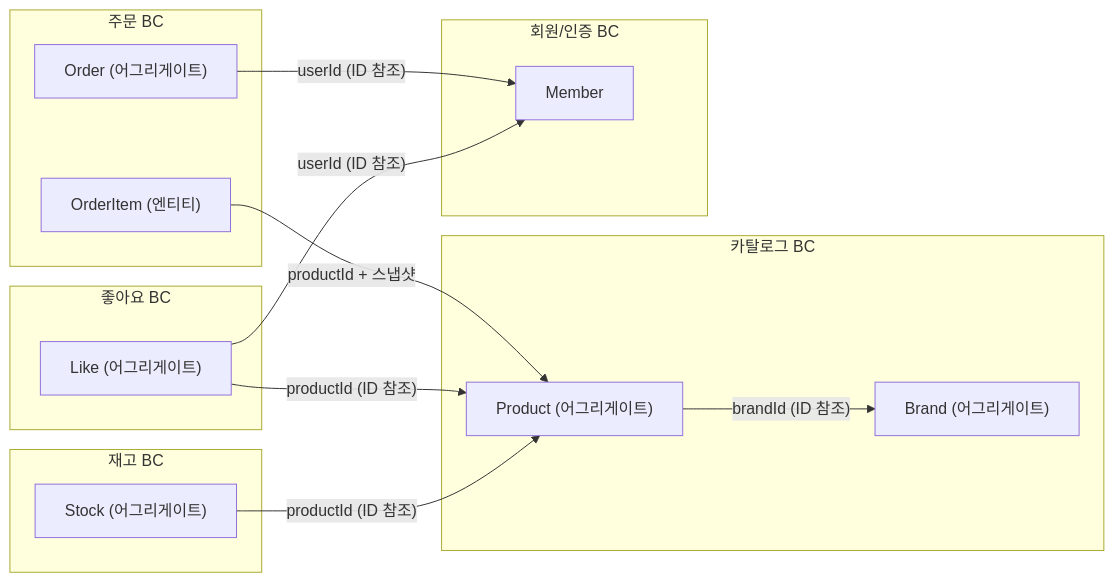
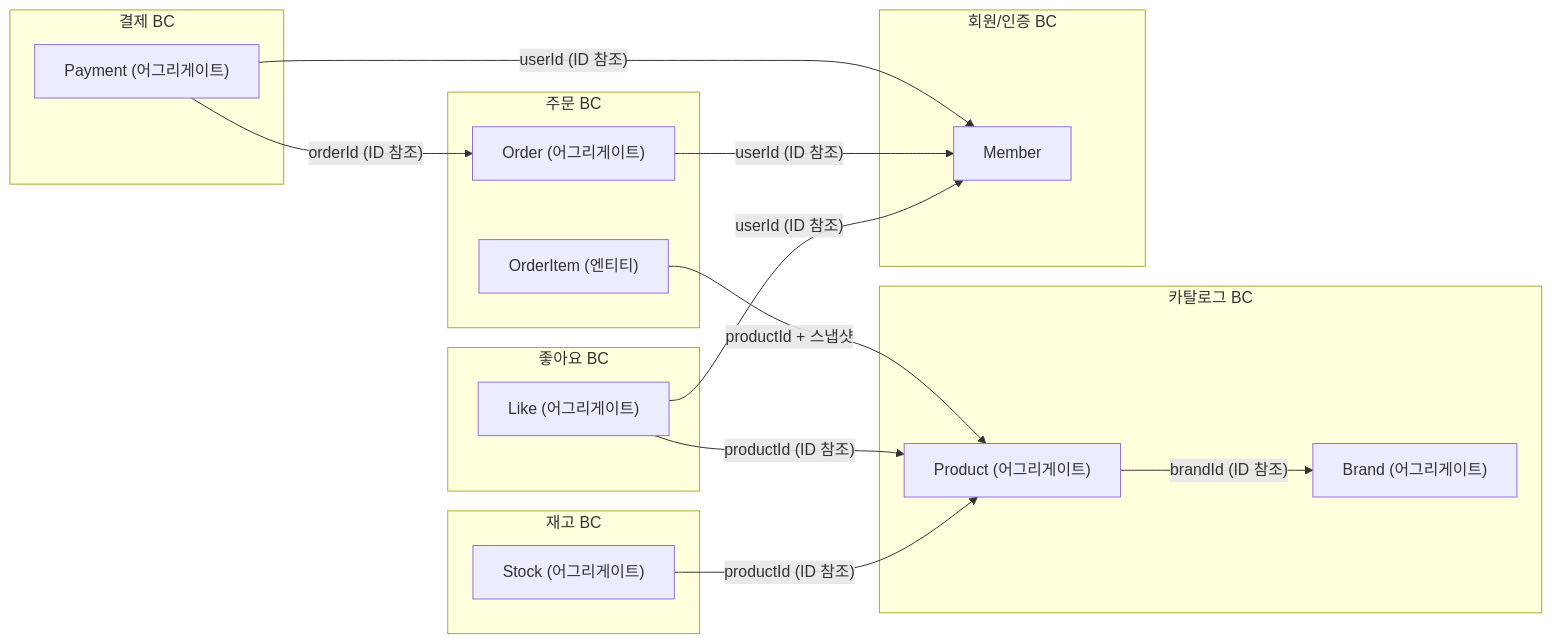
One commit to Praesentia-YKM/loop-pack-be-l2-vol3-java changed the first of 3 diagrams in docs/design/mermaid/00-ddd-design-framework.md. Above: the diagram before and after it, drawn with Mermaid. The commit also changed other lines of this file and 41 other files, not shown here.

First line of the commit message:
feat: 결제(Payment) 도메인 구현 및 Order 도메인 결제 연동

````diff
--- a/docs/design/mermaid/00-ddd-design-framework.md
+++ b/docs/design/mermaid/00-ddd-design-framework.md
@@ -181,27 +182,32 @@
 ```mermaid
 graph LR
     subgraph "카탈로그 BC"
         Brand["Brand (어그리게이트)"]
         Product["Product (어그리게이트)"]
     end
     subgraph "재고 BC"
         Stock["Stock (어그리게이트)"]
     end
     subgraph "좋아요 BC"
         Like["Like (어그리게이트)"]
     end
     subgraph "주문 BC"
         Order["Order (어그리게이트)"]
         OrderItem["OrderItem (엔티티)"]
     end
+    subgraph "결제 BC"
+        Payment["Payment (어그리게이트)"]
+    end
     subgraph "회원/인증 BC"
         Member["Member"]
     end
 
     Product -- "brandId (ID 참조)" --> Brand
     Stock -- "productId (ID 참조)" --> Product
     Like -- "productId (ID 참조)" --> Product
     Like -- "userId (ID 참조)" --> Member
     Order -- "userId (ID 참조)" --> Member
     OrderItem -- "productId + 스냅샷" --> Product
+    Payment -- "orderId (ID 참조)" --> Order
+    Payment -- "userId (ID 참조)" --> Member
 ```
````
